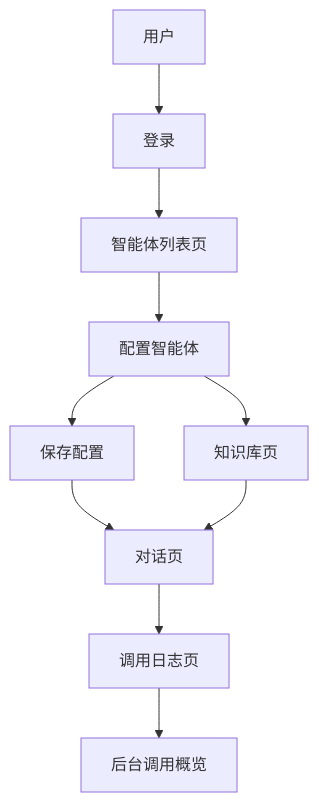
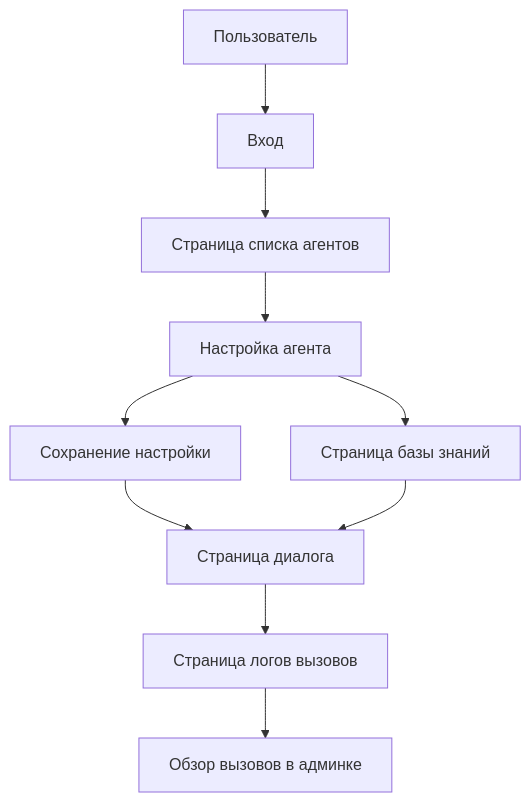
The second of 2 diagrams in docs/ru-ru/stage-2/assignments/custom-dify-agent-platform/PRD.md (Libertad-Harbour-LLC/study_vibe), drawn with Mermaid before and after one commit. The commit also changed other lines of this file and 14 other files, not shown here.

````diff
--- a/docs/ru-ru/stage-2/assignments/custom-dify-agent-platform/PRD.md
+++ b/docs/ru-ru/stage-2/assignments/custom-dify-agent-platform/PRD.md
@@ -223,12 +223,12 @@
 ```mermaid
 flowchart TD
-  user["用户"] --> login["登录"]
-  login --> agents["智能体列表页"]
-  agents --> config["配置智能体"]
-  config --> publish["保存配置"]
-  publish --> chat["对话页"]
-  chat --> logs["调用日志页"]
-  config --> kb["知识库页"]
+  user["Пользователь"] --> login["Вход"]
+  login --> agents["Страница списка агентов"]
+  agents --> config["Настройка агента"]
+  config --> publish["Сохранение настройки"]
+  publish --> chat["Страница диалога"]
+  chat --> logs["Страница логов вызовов"]
+  config --> kb["Страница базы знаний"]
   kb --> chat
-  logs --> admin["后台调用概览"]
+  logs --> admin["Обзор вызовов в админке"]
 ```
````
